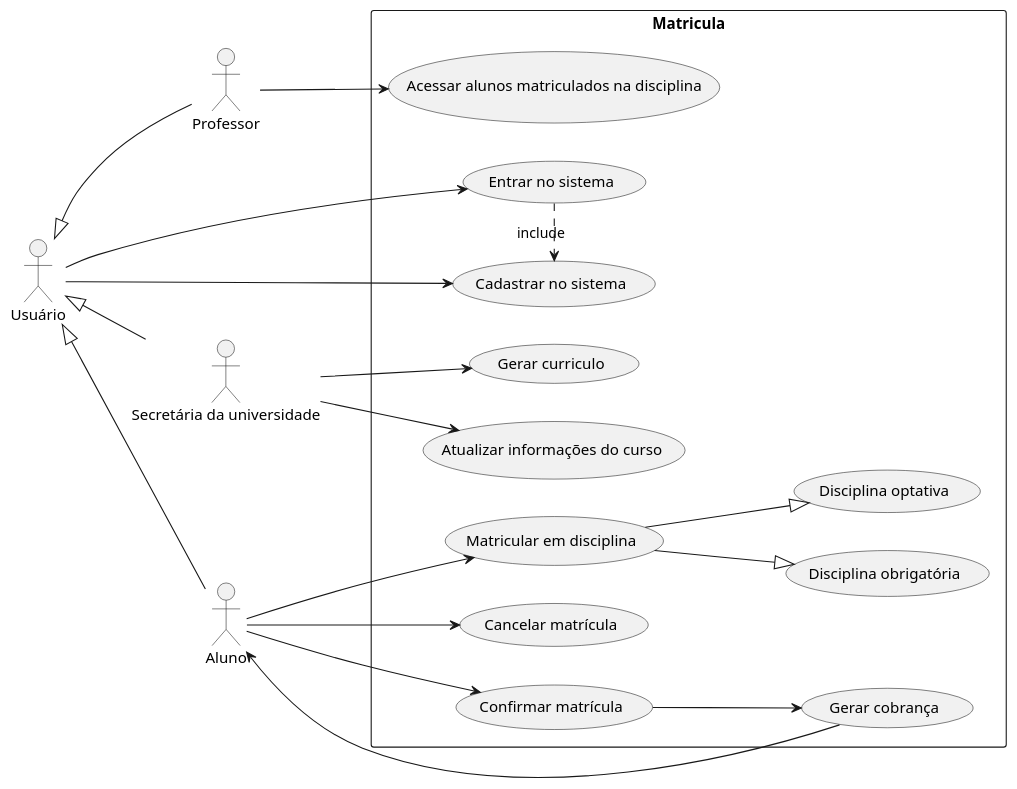
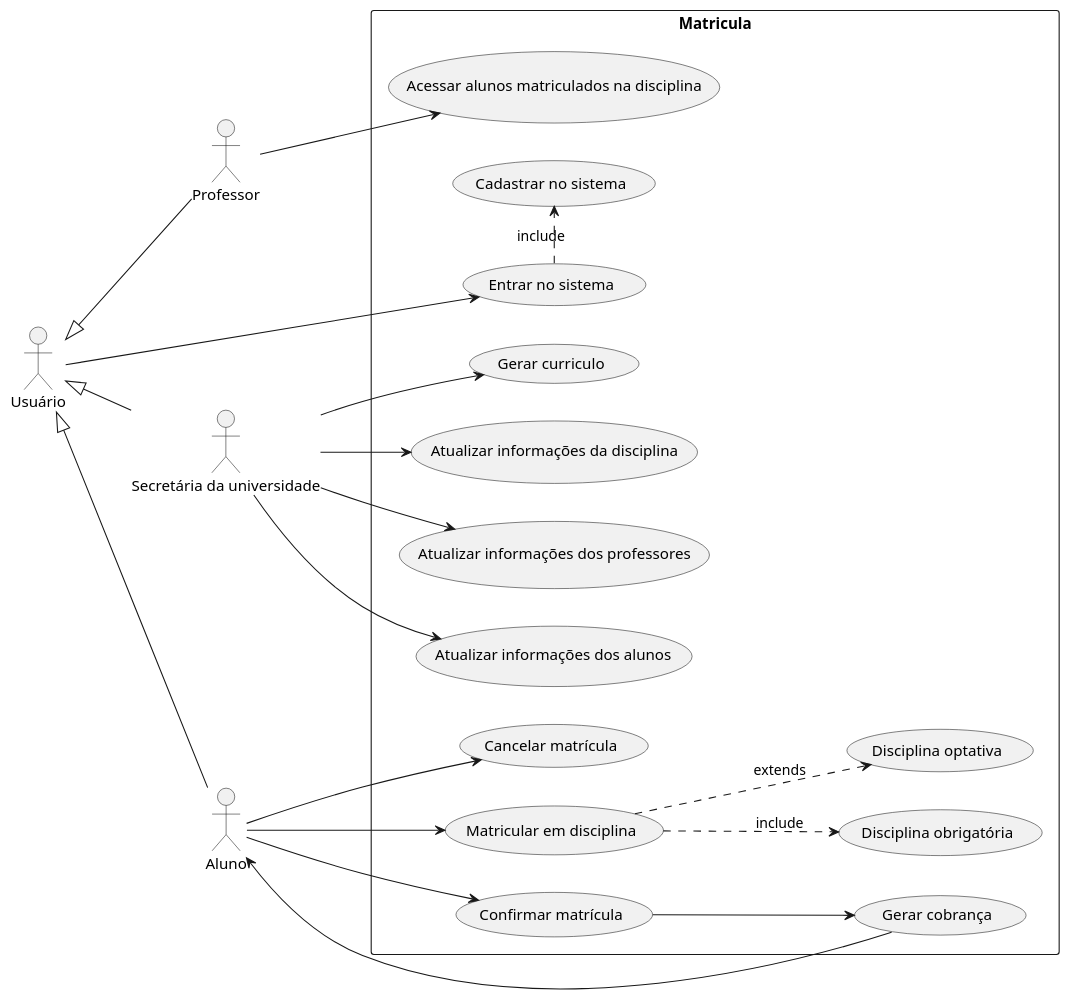
Before and after one commit to iannovais/LDS-matriculas: the diagram in project/code/usercase.md, drawn with PlantUML.

```diff
--- a/project/code/usercase.md
+++ b/project/code/usercase.md
@@ -1,35 +1,34 @@
 @startuml
-
-left to right direction
-actor "Secretária da universidade" as secretaria
-actor "Aluno" as aluno
-actor "Professor" as professor
+left to right direction 
+actor "Secretária da universidade" as secretaria 
+actor "Aluno" as aluno 
+actor "Professor" as professor 
 actor "Usuário" as usuario
 
-rectangle Matricula{
-  (Matricular em disciplina) --|> (Disciplina optativa)
-  (Matricular em disciplina) --|> (Disciplina obrigatória)
+rectangle Matricula{ 
+(Matricular em disciplina) -.> (Disciplina optativa) : extends
+(Matricular em disciplina) -.> (Disciplina obrigatória) : include
 
-  usuario --> (Cadastrar no sistema)
-  usuario --> (Entrar no sistema)
+usuario --> (Entrar no sistema)
 
-  (Entrar no sistema) .> (Cadastrar no sistema) : include
+(Entrar no sistema) .> (Cadastrar no sistema) : include
 
-  secretaria --> (Gerar curriculo)
-  secretaria --> (Atualizar informações do curso)
+secretaria --> (Gerar curriculo) 
+secretaria --> (Atualizar informações da disciplina)
+secretaria --> (Atualizar informações dos professores)
+secretaria --> (Atualizar informações dos alunos)
 
-  aluno --> (Cancelar matrícula)
-  aluno --> (Matricular em disciplina)
-  aluno --> (Confirmar matrícula)
+aluno --> (Cancelar matrícula) 
+aluno --> (Matricular em disciplina) 
+aluno --> (Confirmar matrícula)
 
-  (Confirmar matrícula) --> (Gerar cobrança)
-  (Gerar cobrança) --> aluno
+(Confirmar matrícula) --> (Gerar cobrança) 
+(Gerar cobrança) --> aluno
 
-  professor --> (Acessar alunos matriculados na disciplina)
+professor --> (Acessar alunos matriculados na disciplina)
 
-  usuario <|-- aluno
-  usuario <|-- secretaria
-  usuario <|-- professor
+usuario <|-- aluno 
+usuario <|-- secretaria 
+usuario <|-- professor 
 }
-
 @enduml
```
